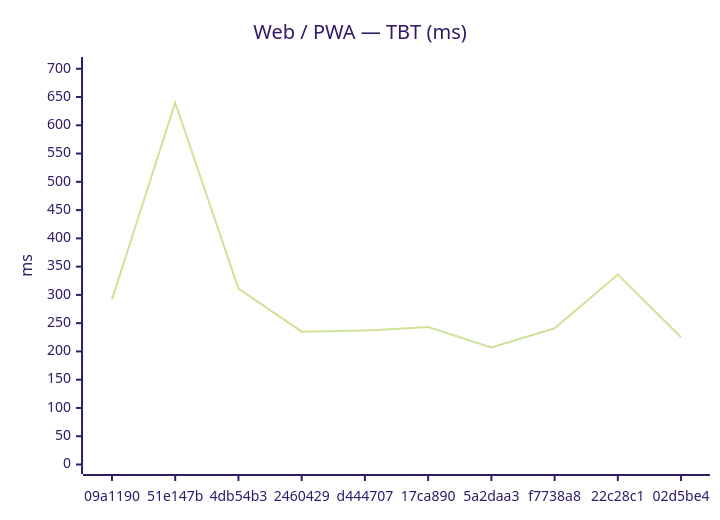
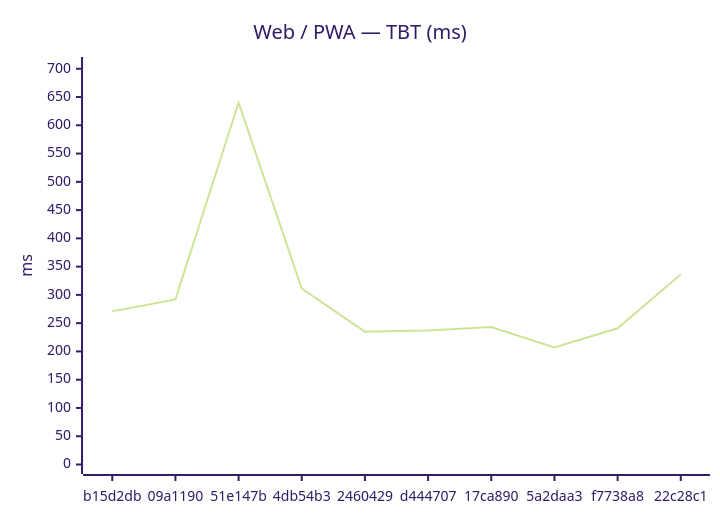
The second of 18 diagrams in benchmarks/compare.md (Metaheurist/Rianell), drawn with Mermaid (forest theme) before and after one commit. The commit also changed other lines of this file and 11 other files, not shown here.

````diff
--- a/benchmarks/compare.md
+++ b/benchmarks/compare.md
@@ -31,7 +31,7 @@
 ```mermaid
 xychart-beta
     title "Web / PWA — TBT (ms)"
-    x-axis ["09a1190", "51e147b", "4db54b3", "2460429", "d444707", "17ca890", "5a2daa3", "f7738a8", "22c28c1", "02d5be4"]
+    x-axis ["b15d2db", "09a1190", "51e147b", "4db54b3", "2460429", "d444707", "17ca890", "5a2daa3", "f7738a8", "22c28c1"]
     y-axis "ms" 0 --> 704
-    line [292, 640, 311, 235, 237, 243, 207, 241, 336, 225]
+    line [271, 292, 640, 311, 235, 237, 243, 207, 241, 336]
 ```
````
